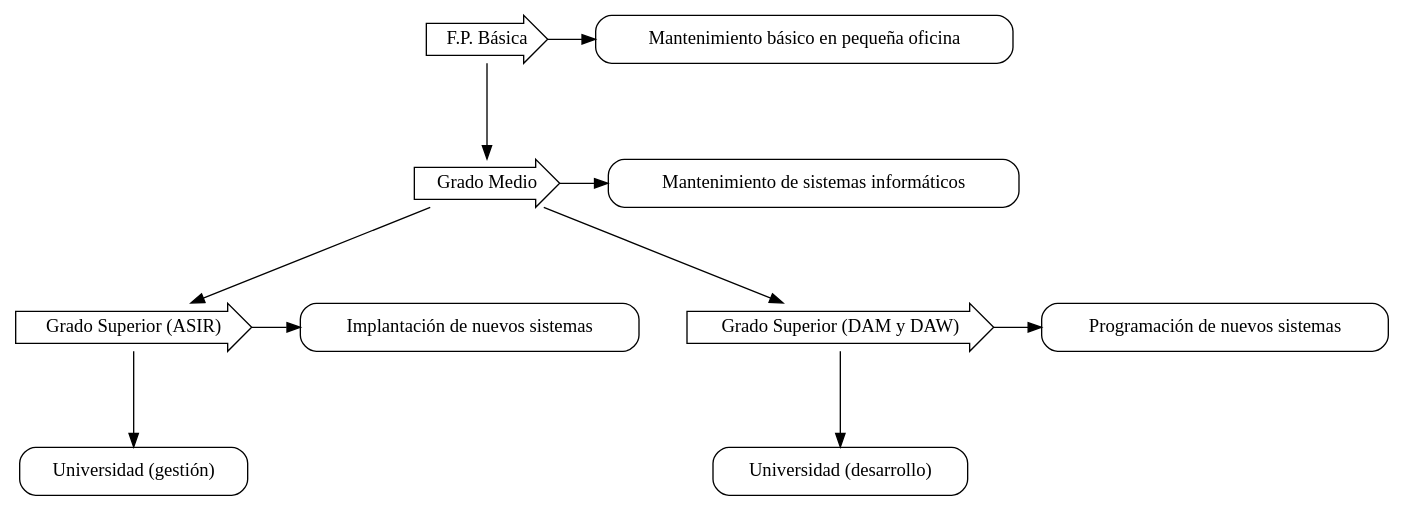
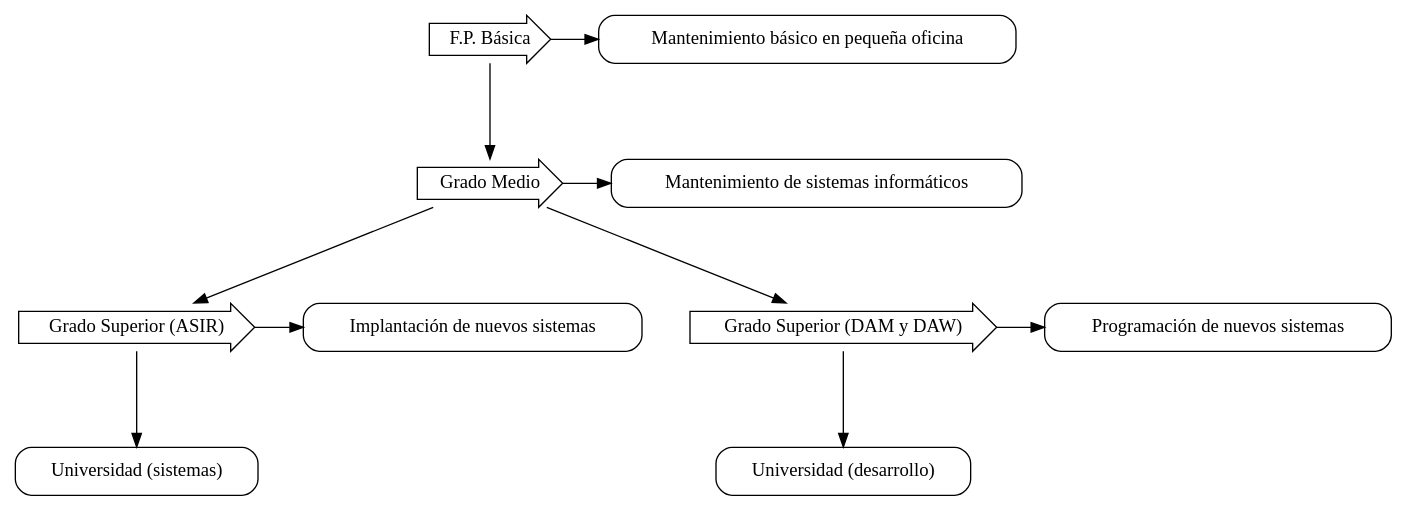
One commit to overdrive80/apuntes-clase changed the diagram in charlas-motivacionales/informatica/1/charla-informatica-a-eso-bachillerato.org. Above: the diagram before and after it, drawn with Graphviz. The commit also changed other lines of this file and 3 other files, not shown here.

```diff
--- a/charlas-motivacionales/informatica/1/charla-informatica-a-eso-bachillerato.org
+++ b/charlas-motivacionales/informatica/1/charla-informatica-a-eso-bachillerato.org
@@ -42,36 +40,36 @@
 #+begin_src dot :file ./quien-hace-que.svg :exports results :cmdline -Tsvg
 digraph{
   graph [nodesep=0.5, ranksep=1]
   node [ shape="box", style="rounded"]
   edge [fontname="courier", fontsize="10"]
   splines=true
 
   {rank = same}
 
 
   "F.P. Básica" [shape="rarrow"]
   "F.P. Básica" -> "Grado Medio"
   "F.P. Básica" -> "Mantenimiento básico en pequeña oficina"
 
   "Grado Medio" [shape="rarrow"]
   "Grado Medio" -> "Grado Superior (ASIR)"
   "Grado Medio" -> "Grado Superior (DAM y DAW)"
   "Grado Medio" -> "Mantenimiento de sistemas informáticos"
 
   "Grado Superior (ASIR)" [shape="rarrow"]
   "Grado Superior (ASIR)" -> "Implantación de nuevos sistemas"
 
   "Grado Superior (DAM y DAW)" [shape="rarrow"]
   "Grado Superior (DAM y DAW)" -> "Universidad (desarrollo)"
   "Grado Superior (DAM y DAW)" -> "Programación de nuevos sistemas"
 
   [shape="rarrow"] "Grado Superior (ASIR)"
-  "Grado Superior (ASIR)" -> "Universidad (gestión)"
+  "Grado Superior (ASIR)" -> "Universidad (sistemas)"
 
   {rank = same; "F.P. Básica" ; "Mantenimiento básico en pequeña oficina" }
   {rank = same;"Grado Medio" ; "Mantenimiento de sistemas informáticos" }
   {rank = same; "Grado Superior (ASIR)" ; "Implantación de nuevos sistemas"}
   {rank = same; "Grado Superior (DAM y DAW)" ; "Programación de nuevos sistemas"}
   
 }
 #+end_src
```
